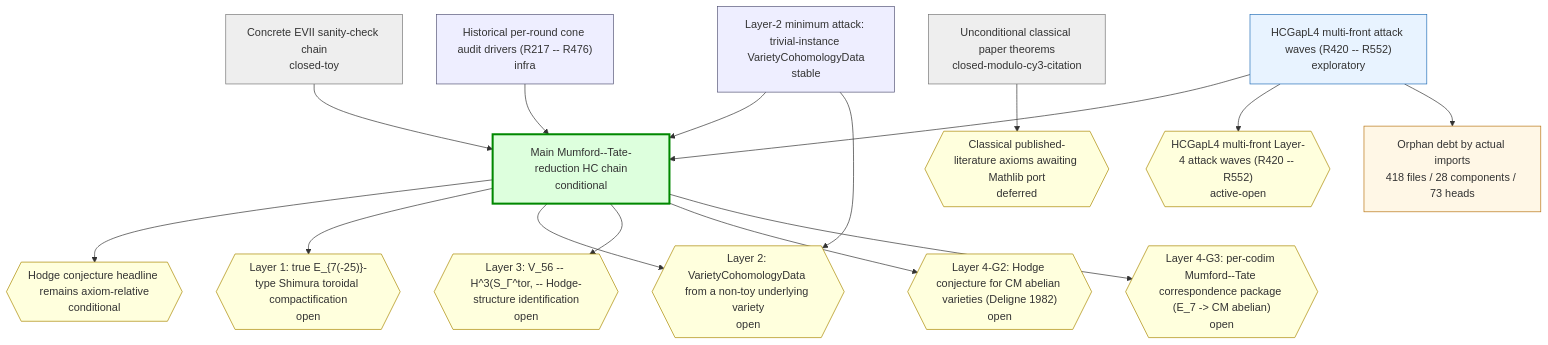
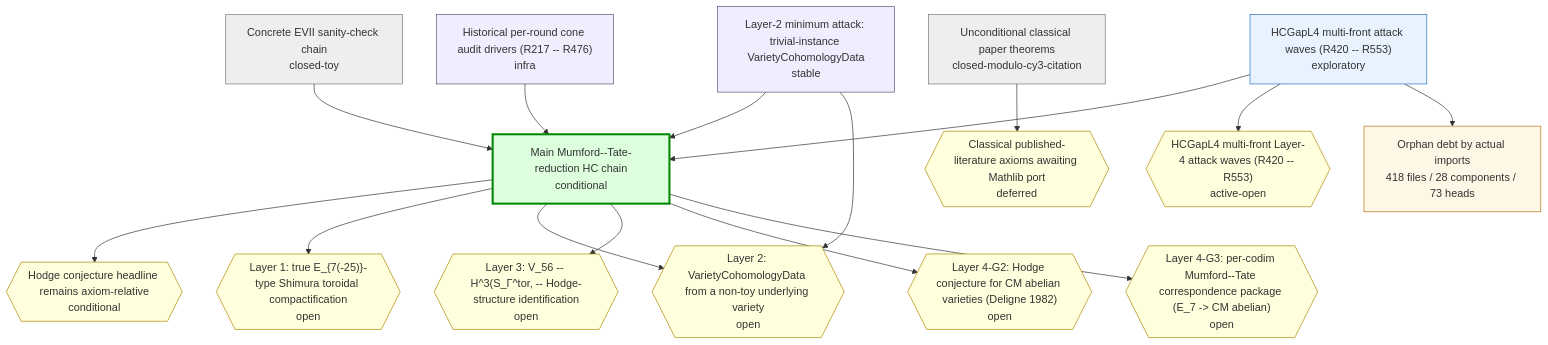
Before and after one commit to crabsatellite/hodge-conjecture-lean4-formalization: the first of 2 diagrams in chain-status/research-map.md, drawn with Mermaid. The commit also changed other lines of this file and 8 other files, not shown here.

````diff
--- a/chain-status/research-map.md
+++ b/chain-status/research-map.md
@@ -45,44 +45,44 @@
 ```mermaid
 graph TD
   classDef main fill:#dfd,stroke:#080,stroke-width:3px
   classDef active fill:#e8f3ff,stroke:#2670b8
   classDef support fill:#eef,stroke:#557
   classDef closed fill:#eee,stroke:#777
   classDef dead fill:#fdd,stroke:#a00,stroke-width:2px
   classDef gapOpen fill:#ffd,stroke:#a80
   classDef gapClosed fill:#eee,stroke:#777
   classDef gapDead fill:#fdd,stroke:#a00
   classDef debt fill:#fff7e6,stroke:#b87514
   classDef debtTaxonomy fill:#e8f3ff,stroke:#2670b8,stroke-dasharray:3 3
   classDef debtRule fill:#eefbea,stroke:#398439,stroke-dasharray:3 3
   classDef debtDead fill:#fdd,stroke:#a00,stroke-dasharray:3 3
   chain_main_hc_axiom_relative["Main Mumford--Tate-reduction HC chain\nconditional"]:::main
   chain_unconditional_classical["Unconditional classical paper theorems\nclosed-modulo-cy3-citation"]:::closed
   chain_hcgap_l2_trivial_instances["Layer-2 minimum attack: trivial-instance VarietyCohomologyData\nstable"]:::support
-  chain_hcgap_l4_multifront_active["HCGapL4 multi-front attack waves (R420 -- R552)\nexploratory"]:::active
+  chain_hcgap_l4_multifront_active["HCGapL4 multi-front attack waves (R420 -- R553)\nexploratory"]:::active
   chain_concrete_evii_toy["Concrete EVII sanity-check chain\nclosed-toy"]:::closed
   chain_historical_cone_audits["Historical per-round cone audit drivers (R217 -- R476)\ninfra"]:::support
   gap_G_main_hc{{"Hodge conjecture headline remains axiom-relative\nconditional"}}:::gapOpen
   gap_G_l1_e7_shimura_tor{{"Layer 1: true E_{7(-25)}-type Shimura toroidal compactification\nopen"}}:::gapOpen
   gap_G_l2_cohomology_construction{{"Layer 2: VarietyCohomologyData from a non-toy underlying variety\nopen"}}:::gapOpen
   gap_G_l3_v56_mt_identification{{"Layer 3: V_56 -- H^3(S_Γ^tor, -- Hodge-structure identification\nopen"}}:::gapOpen
   gap_G_l4_cm_abelian_hc{{"Layer 4-G2: Hodge conjecture for CM abelian varieties (Deligne 1982)\nopen"}}:::gapOpen
   gap_G_l4_mt_correspondence{{"Layer 4-G3: per-codim Mumford--Tate correspondence package (E_7 -> CM abelian)\nopen"}}:::gapOpen
   gap_G_classical_mathlib_port{{"Classical published-literature axioms awaiting Mathlib port\ndeferred"}}:::gapOpen
-  gap_G_hcgap_l4_multifront{{"HCGapL4 multi-front Layer-4 attack waves (R420 -- R552)\nactive-open"}}:::gapOpen
+  gap_G_hcgap_l4_multifront{{"HCGapL4 multi-front Layer-4 attack waves (R420 -- R553)\nactive-open"}}:::gapOpen
   chain_main_hc_axiom_relative --> gap_G_main_hc
   chain_main_hc_axiom_relative --> gap_G_l1_e7_shimura_tor
   chain_main_hc_axiom_relative --> gap_G_l2_cohomology_construction
   chain_main_hc_axiom_relative --> gap_G_l3_v56_mt_identification
   chain_main_hc_axiom_relative --> gap_G_l4_cm_abelian_hc
   chain_main_hc_axiom_relative --> gap_G_l4_mt_correspondence
   chain_unconditional_classical --> gap_G_classical_mathlib_port
   chain_hcgap_l2_trivial_instances --> chain_main_hc_axiom_relative
   chain_hcgap_l2_trivial_instances --> gap_G_l2_cohomology_construction
   chain_hcgap_l4_multifront_active --> chain_main_hc_axiom_relative
   chain_hcgap_l4_multifront_active --> gap_G_hcgap_l4_multifront
   chain_concrete_evii_toy --> chain_main_hc_axiom_relative
   chain_historical_cone_audits --> chain_main_hc_axiom_relative
   debt_all["Orphan debt by actual imports\n418 files / 28 components / 73 heads"]:::debt
   chain_hcgap_l4_multifront_active --> debt_all
 ```
````
